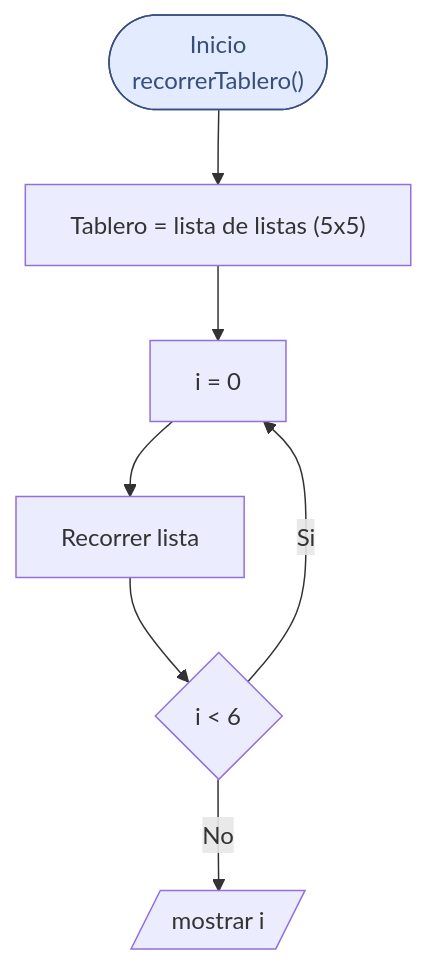
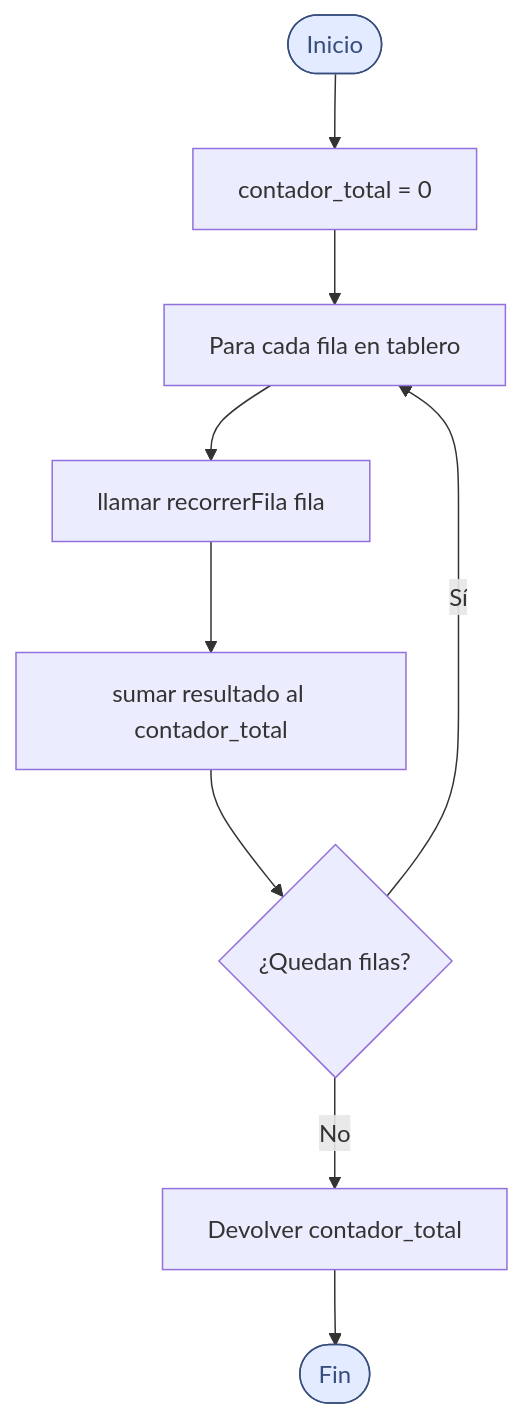
The diagram in Hundir la flota/Readme.md (rchamorrocrugeiras/COD-25-26), drawn with Mermaid before and after one commit.

Commit message:
Diagrama de Tablero

````diff
--- a/Hundir la flota/Readme.md
+++ b/Hundir la flota/Readme.md
@@ -10,18 +10,14 @@
 ```mermaid
 flowchart TD
-    A(["Inicio<br>recorrerTablero()"]) --> n1["Tablero = lista de listas (5x5)"]
-    n1 --> n2["i = 0"]
-    n2 --> n3["Recorrer lista"]
-    n3 --> n4["i &lt; 6"]
-    n4 -- No --> n5["mostrar i"]
-    n4 -- Si --> n2
-    n1@{ shape: rect}
-    n2@{ shape: rect}
-    n3@{ shape: rect}
-    n4@{ shape: diam}
-    n5@{ shape: lean-r}
+    A(["Inicio"]) --> B["contador_total = 0"]
+    B --> C["Para cada fila en tablero"]
+    C --> D["llamar recorrerFila fila"]
+    D --> E["sumar resultado al contador_total"]
+    E --> F{"¿Quedan filas?"}
+    F -- Sí --> C
+    F -- No --> G["Devolver contador_total"]
+    G --> H(["Fin"])
      A:::Sky
-    classDef Aqua stroke-width:1px, stroke-dasharray:none, stroke:#46EDC8, fill:#DEFFF8, color:#378E7A
-    classDef Ash stroke-width:1px, stroke-dasharray:none, stroke:#999999, fill:#EEEEEE, color:#000000
+     H:::Sky
     classDef Sky stroke-width:1px, stroke-dasharray:none, stroke:#374D7C, fill:#E2EBFF, color:#374D7C
 ```
````
